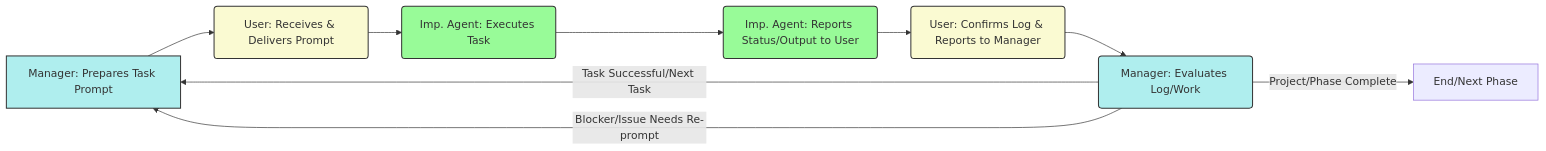
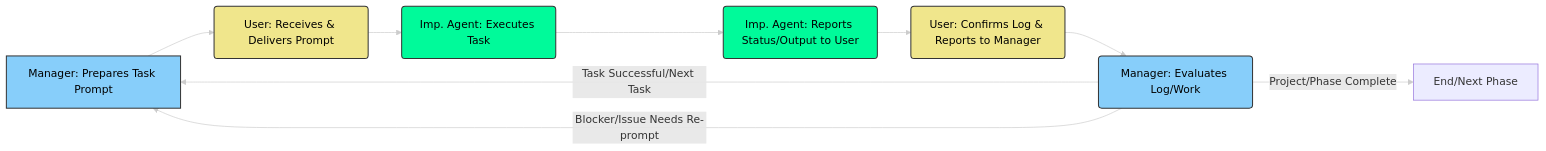
The first of 3 diagrams in docs/01_Workflow_Overview.md (sdi2200262/agentic-project-management), drawn with Mermaid before and after one commit. The commit also changed other lines of this file, not shown here.

````diff
--- a/docs/01_Workflow_Overview.md
+++ b/docs/01_Workflow_Overview.md
@@ -9,20 +9,22 @@
 ```mermaid
 graph LR
     A[Manager: Prepares Task Prompt] --> B(User: Receives & Delivers Prompt);
     B --> C(Imp. Agent: Executes Task);
     C --> D(Imp. Agent: Reports Status/Output to User);
     D --> E(User: Confirms Log & Reports to Manager);
     E --> F(Manager: Evaluates Log/Work);
     F -- Task Successful/Next Task --> A;
     F -- Blocker/Issue Needs Re-prompt --> A;
     F -- Project/Phase Complete --> G[End/Next Phase];
 
-    classDef manager fill:#AFEEEE,stroke:#333,stroke-width:1.5px; 
-    classDef user fill:#FAFAD2,stroke:#333,stroke-width:1.5px; 
-    classDef implementer fill:#98FB98,stroke:#333,stroke-width:1.5px; 
+    classDef manager fill:#87CEFA,stroke:#333,stroke-width:1.5px,color:#000; 
+    classDef user fill:#F0E68C,stroke:#333,stroke-width:1.5px,color:#000; 
+    classDef implementer fill:#00FA9A,stroke:#333,stroke-width:1.5px,color:#000; 
 
     class A,F manager;
     class B,E user;
     class C,D implementer;
     class G default;
+
+    linkStyle default stroke:#ccc,stroke-width:1px;
 ```
````
